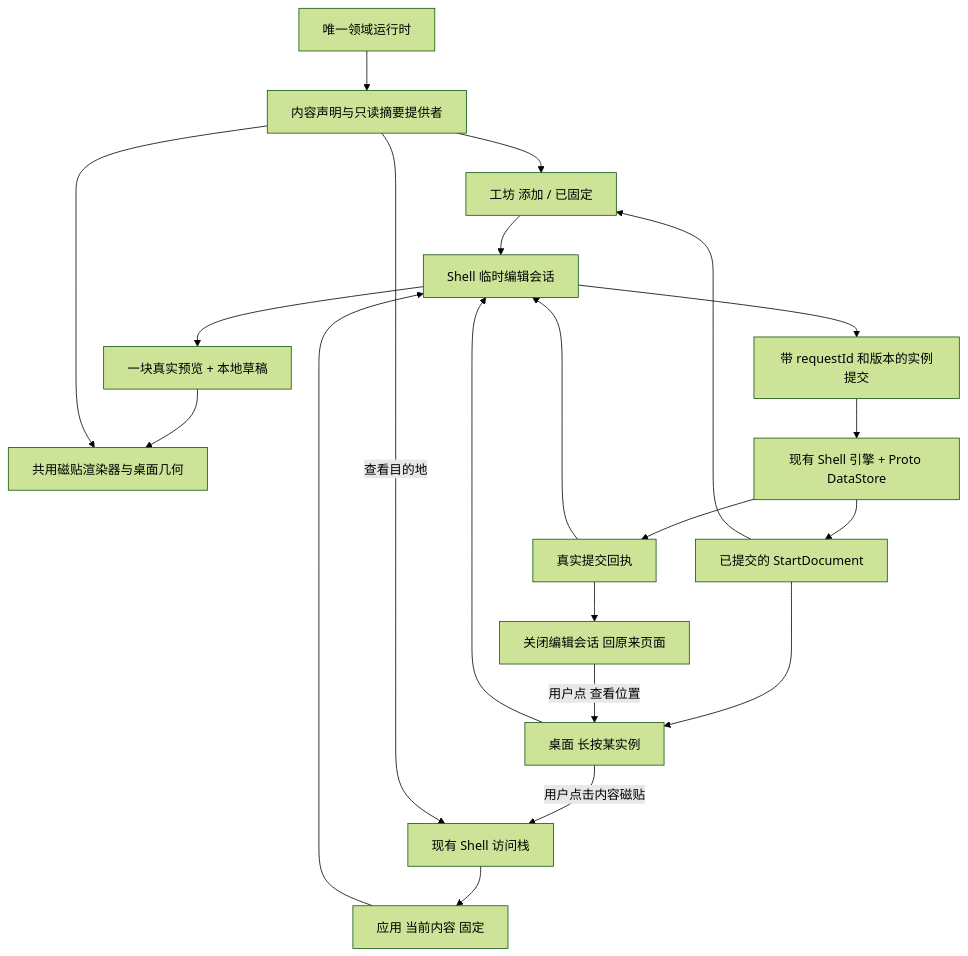
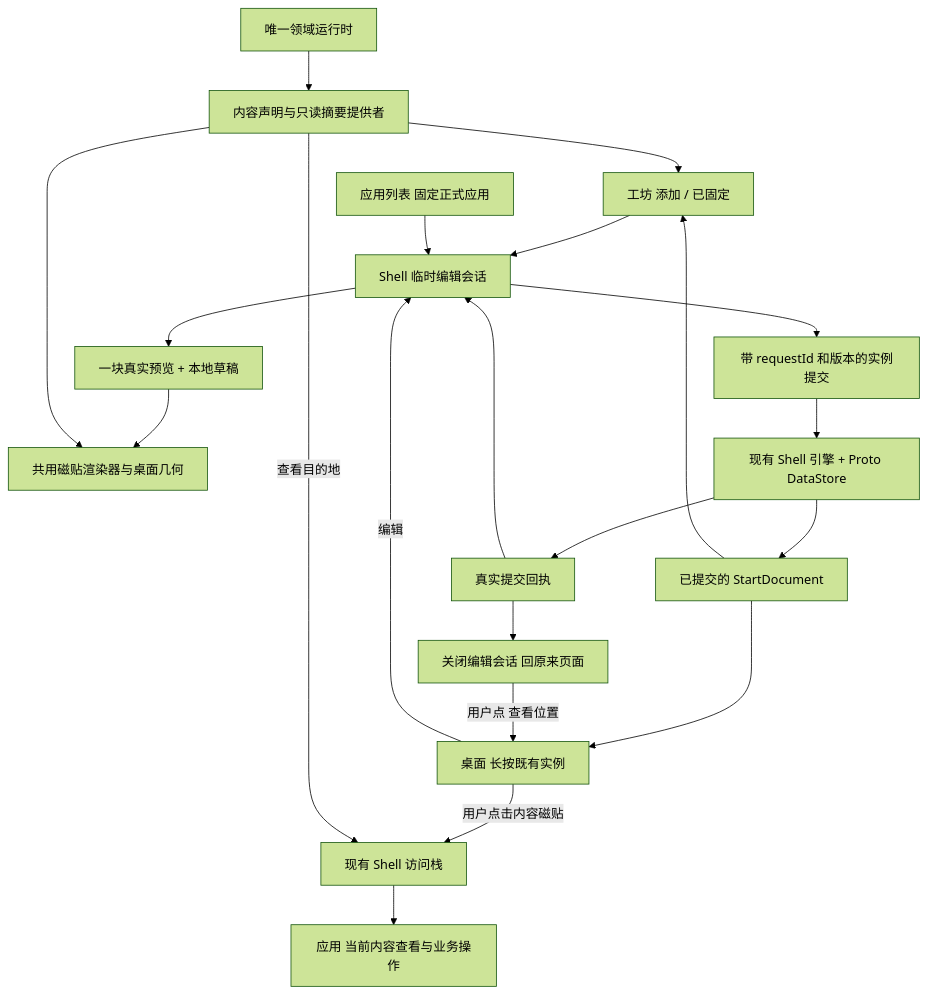
Before and after one commit to ohkuku/yokuli_marine_shell: the diagram in docs/phases/tile-workshop/IMPLEMENTATION.md, drawn with Mermaid (forest theme). The commit also changed other lines of this file and 35 other files, not shown here.

````diff
--- a/docs/phases/tile-workshop/IMPLEMENTATION.md
+++ b/docs/phases/tile-workshop/IMPLEMENTATION.md
@@ -40,23 +41,23 @@
 ```mermaid
 flowchart TD
     A[工坊 添加 / 已固定] --> E[Shell 临时编辑会话]
-    D[桌面 长按某实例] --> E
-    C[应用 当前内容 固定] --> E
+    D[桌面 长按既有实例] -->|编辑| E
+    L[应用列表 固定正式应用] --> E
     E --> P[一块真实预览 + 本地草稿]
     P --> R[共用磁贴渲染器与桌面几何]
     E --> Q[带 requestId 和版本的实例提交]
     Q --> S[现有 Shell 引擎 + Proto DataStore]
     S --> V[已提交的 StartDocument]
     V --> D
     V --> A
     S --> O[真实提交回执]
     O --> E
     O --> B[关闭编辑会话 回原来页面]
     B -->|用户点 查看位置| D
     K[内容声明与只读摘要提供者] --> A
     K --> R
     F[唯一领域运行时] --> K
     D -->|用户点击内容磁贴| N[现有 Shell 访问栈]
     K -->|查看目的地| N
-    N --> C
+    N --> C[应用 当前内容查看与业务操作]
 ```
````
